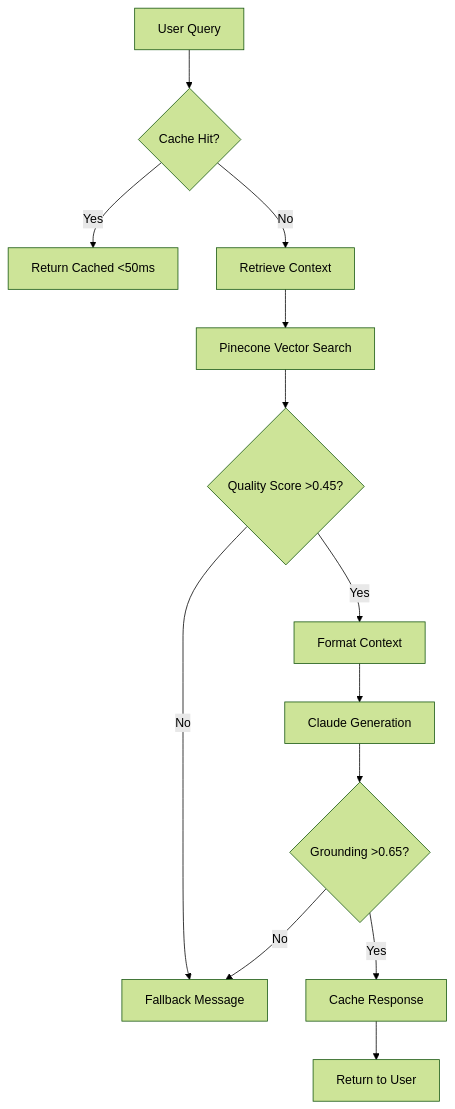
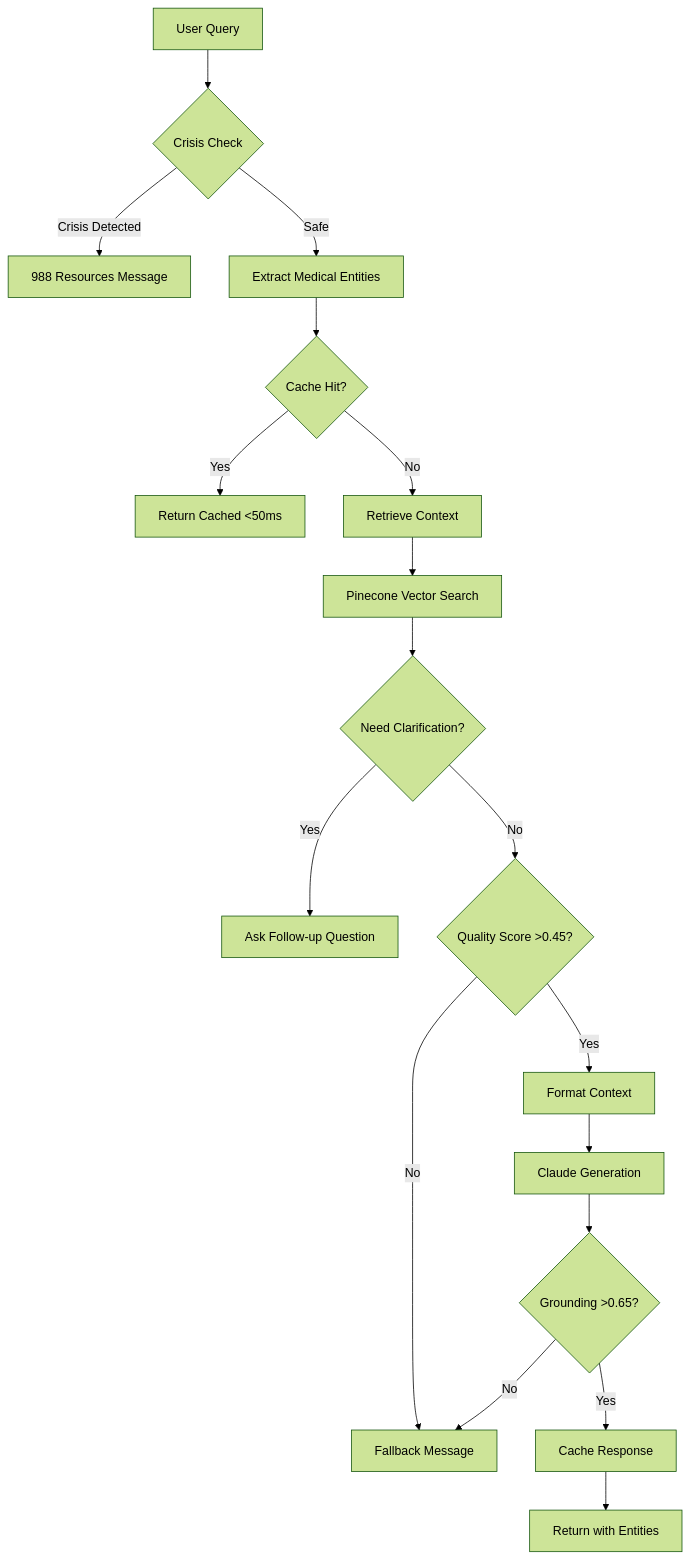
Before and after one commit to jscaldwell55/safe_llama_assistant: the diagram in README.md, drawn with Mermaid (forest theme). The commit also changed other lines of this file and 1 other file, not shown here.

````diff
--- a/README.md
+++ b/README.md
@@ -43,15 +51,20 @@
 ```mermaid
 graph TD
-    A[User Query] --> B{Cache Hit?}
-    B -->|Yes| C[Return Cached <50ms]
-    B -->|No| D[Retrieve Context]
-    D --> E[Pinecone Vector Search]
-    E --> F{Quality Score >0.45?}
-    F -->|No| G[Fallback Message]
-    F -->|Yes| H[Format Context]
-    H --> I[Claude Generation]
-    I --> J{Grounding >0.65?}
-    J -->|No| G
-    J -->|Yes| K[Cache Response]
-    K --> L[Return to User]
+    A[User Query] --> B{Crisis Check}
+    B -->|Crisis Detected| C[988 Resources Message]
+    B -->|Safe| D[Extract Medical Entities]
+    D --> E{Cache Hit?}
+    E -->|Yes| F[Return Cached <50ms]
+    E -->|No| G[Retrieve Context]
+    G --> H[Pinecone Vector Search]
+    H --> I{Need Clarification?}
+    I -->|Yes| J[Ask Follow-up Question]
+    I -->|No| K{Quality Score >0.45?}
+    K -->|No| L[Fallback Message]
+    K -->|Yes| M[Format Context]
+    M --> N[Claude Generation]
+    N --> O{Grounding >0.65?}
+    O -->|No| L
+    O -->|Yes| P[Cache Response]
+    P --> Q[Return with Entities]
 ```
````
